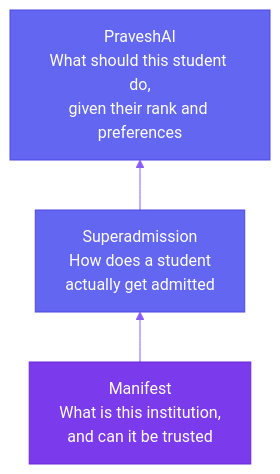
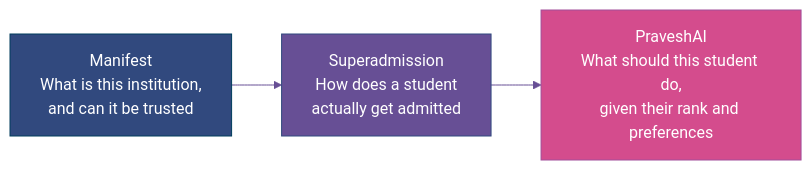
One commit to aashrutsharma/whitepaper changed the diagram in intelligence-and-data/what-is-manifest.mdx. Above: the diagram before and after it, drawn with Mermaid. The commit also changed other lines of this file and 13 other files, not shown here.

````diff
--- a/intelligence-and-data/what-is-manifest.mdx
+++ b/intelligence-and-data/what-is-manifest.mdx
@@ -12,18 +12,20 @@
 ```mermaid
 %%{init: {
   'theme': 'base',
   'themeVariables': {
-    'primaryColor': '#6366f1',
+    'primaryColor': '#003d5c',
     'primaryTextColor': '#ffffff',
-    'primaryBorderColor': '#4f46e5',
-    'lineColor': '#8b5cf6',
+    'primaryBorderColor': '#31497e',
+    'lineColor': '#674f95',
     'background': 'transparent',
     'fontFamily': 'Inter, sans-serif'
   }
 }}%%
-flowchart BT
+flowchart LR
     M["Manifest\nWhat is this institution,\nand can it be trusted"] --> S["Superadmission\nHow does a student\nactually get admitted"]
     S --> P["PraveshAI\nWhat should this student do,\ngiven their rank and preferences"]
 
-    style M fill:#7c3aed,stroke:#6d28d9,color:#fff
+    style M fill:#31497e,stroke:#003d5c,color:#fff
+    style S fill:#674f95,stroke:#31497e,color:#fff
+    style P fill:#d44c8d,stroke:#a14e9a,color:#fff
 ```
````
